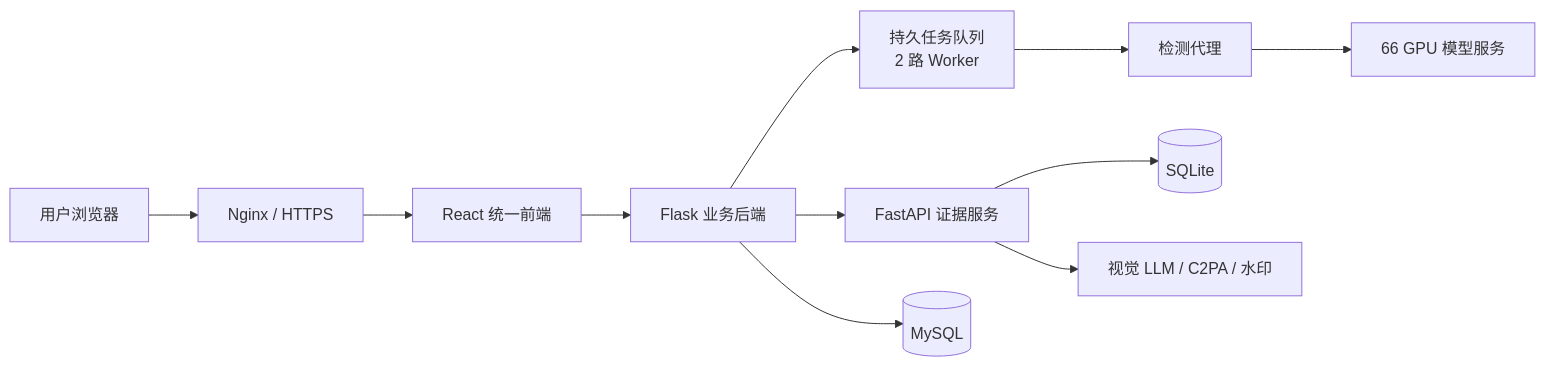
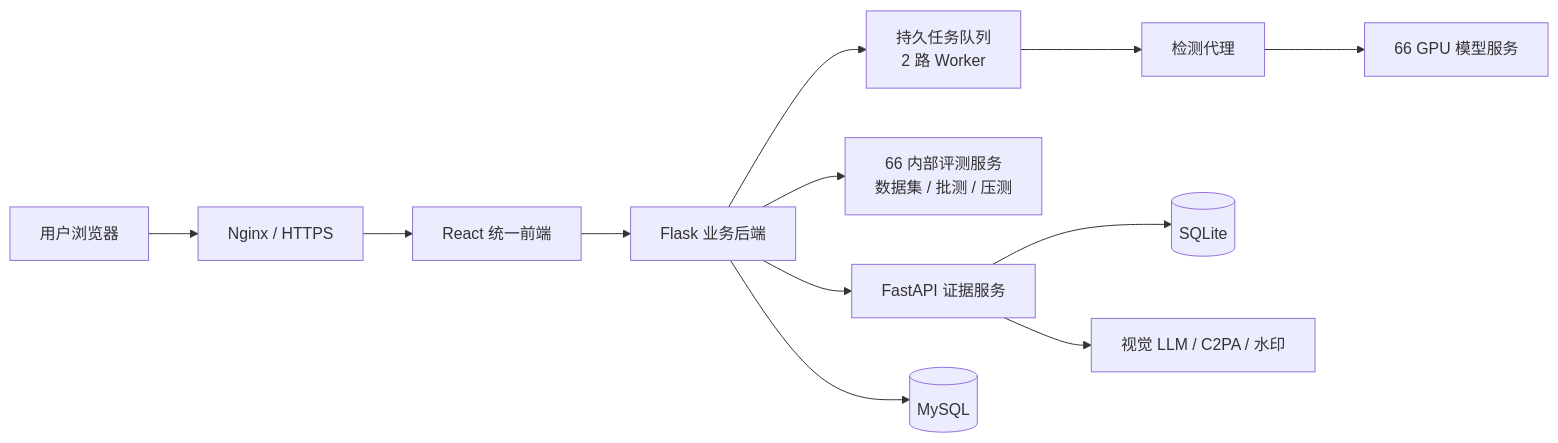
The diagram in README.md (MuskAI/rearguard), drawn with Mermaid before and after one commit. The commit also changed other lines of this file and 16 other files, not shown here.

````diff
--- a/README.md
+++ b/README.md
@@ -25,13 +25,14 @@
 ```mermaid
 flowchart LR
     U["用户浏览器"] --> N["Nginx / HTTPS"]
     N --> F["React 统一前端"]
     F --> B["Flask 业务后端"]
     B --> Q["持久任务队列<br/>2 路 Worker"]
     Q --> D["检测代理"]
     D --> G["66 GPU 模型服务"]
+    B --> T["66 内部评测服务<br/>数据集 / 批测 / 压测"]
     B --> E["FastAPI 证据服务"]
     B --> M[("MySQL")]
     E --> S[("SQLite")]
     E --> L["视觉 LLM / C2PA / 水印"]
 ```
````
